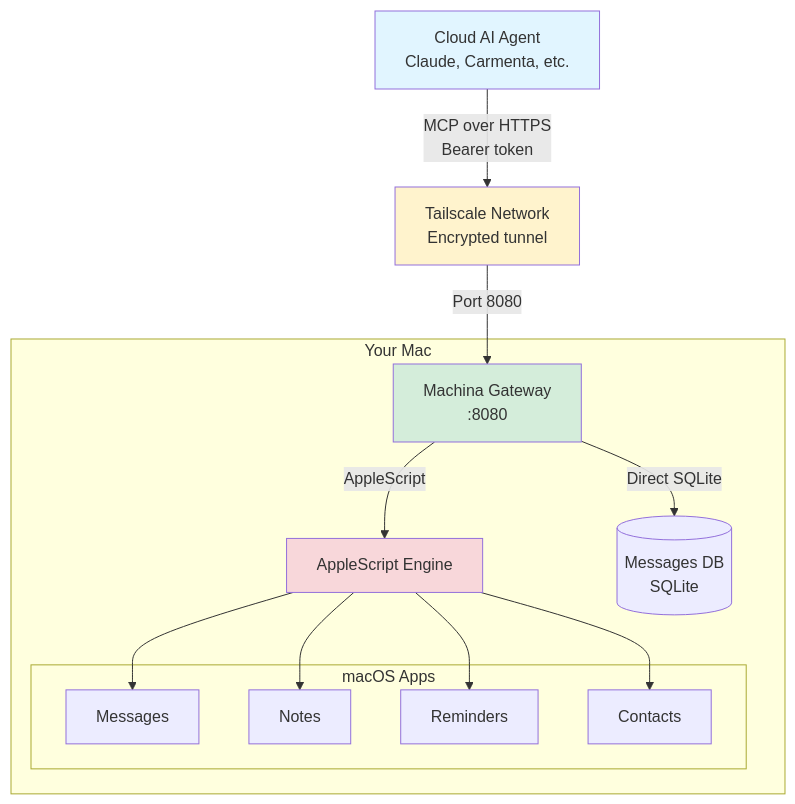
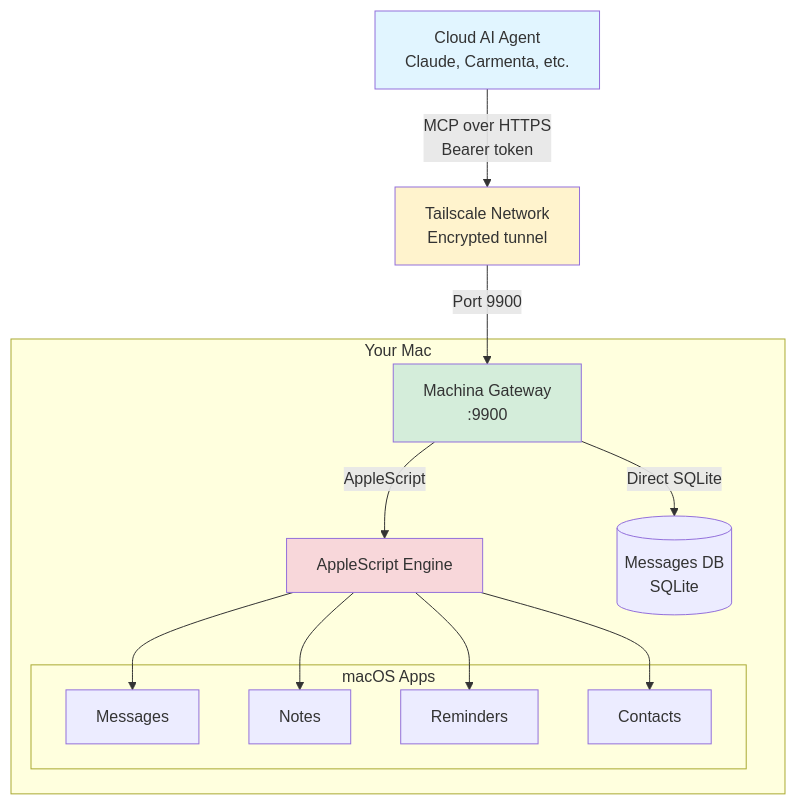
One commit to TechNickAI/machina changed the diagram in README.md. Above: the diagram before and after it, drawn with Mermaid. The commit also changed 15 other files, not shown here.

First line of the commit message:
Add WhatsApp integration to Machina gateway (#17)

````diff
--- a/README.md
+++ b/README.md
@@ -104,33 +104,33 @@
 ```mermaid
 graph TB
     AI[Cloud AI Agent<br/>Claude, Carmenta, etc.]
     TS[Tailscale Network<br/>Encrypted tunnel]
-    GW[Machina Gateway<br/>:8080]
+    GW[Machina Gateway<br/>:9900]
 
     subgraph "Your Mac"
         GW
         AS[AppleScript Engine]
         DB[(Messages DB<br/>SQLite)]
 
         subgraph "macOS Apps"
             MSG[Messages]
             NOTES[Notes]
             REM[Reminders]
             CONT[Contacts]
         end
     end
 
     AI -->|MCP over HTTPS<br/>Bearer token| TS
-    TS -->|Port 8080| GW
+    TS -->|Port 9900| GW
     GW -->|Direct SQLite| DB
     GW -->|AppleScript| AS
     AS --> MSG
     AS --> NOTES
     AS --> REM
     AS --> CONT
 
     style AI fill:#e1f5ff
     style TS fill:#fff3cd
     style GW fill:#d4edda
     style AS fill:#f8d7da
 ```
````
